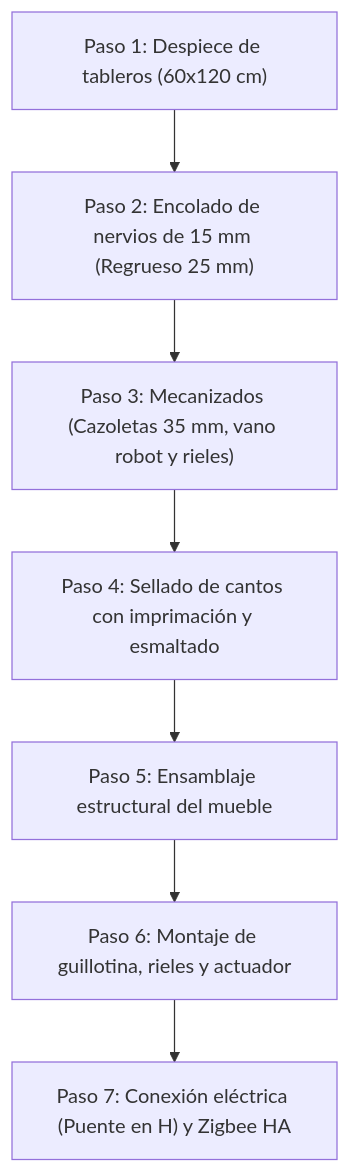
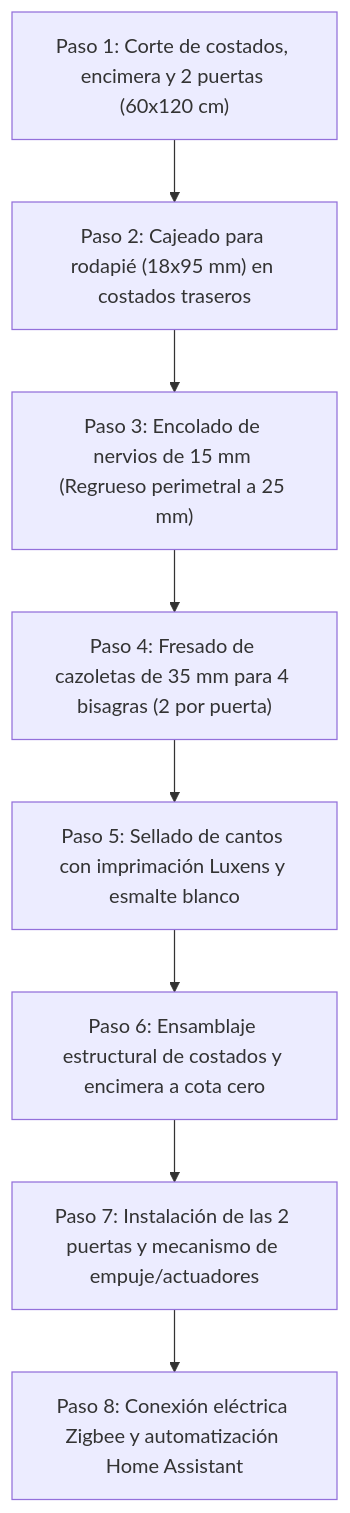
One commit to JorgeRojo/mueble-aspiradora changed the diagram in README.md. Above: the diagram before and after it, drawn with Mermaid. The commit also changed other lines of this file and 3 other files, not shown here.

Commit message:
feat: rediseño a mueble cuadrado 54x54cm con doble puerta batiente y sin balda

````diff
--- a/README.md
+++ b/README.md
@@ -61,9 +115,10 @@
 ```mermaid
 flowchart TD
-    A["Paso 1: Despiece de tableros (60x120 cm)"] --> B["Paso 2: Encolado de nervios de 15 mm (Regrueso 25 mm)"]
-    B --> C["Paso 3: Mecanizados (Cazoletas 35 mm, vano robot y rieles)"]
-    C --> D["Paso 4: Sellado de cantos con imprimación y esmaltado"]
-    D --> E["Paso 5: Ensamblaje estructural del mueble"]
-    E --> F["Paso 6: Montaje de guillotina, rieles y actuador"]
-    F --> G["Paso 7: Conexión eléctrica (Puente en H) y Zigbee HA"]
+    A["Paso 1: Corte de costados, encimera y 2 puertas (60x120 cm)"] --> B["Paso 2: Cajeado para rodapié (18x95 mm) en costados traseros"]
+    B --> C["Paso 3: Encolado de nervios de 15 mm (Regrueso perimetral a 25 mm)"]
+    C --> D["Paso 4: Fresado de cazoletas de 35 mm para 4 bisagras (2 por puerta)"]
+    D --> E["Paso 5: Sellado de cantos con imprimación Luxens y esmalte blanco"]
+    E --> F["Paso 6: Ensamblaje estructural de costados y encimera a cota cero"]
+    F --> G["Paso 7: Instalación de las 2 puertas y mecanismo de empuje/actuadores"]
+    G --> H["Paso 8: Conexión eléctrica Zigbee y automatización Home Assistant"]
 ```
````
